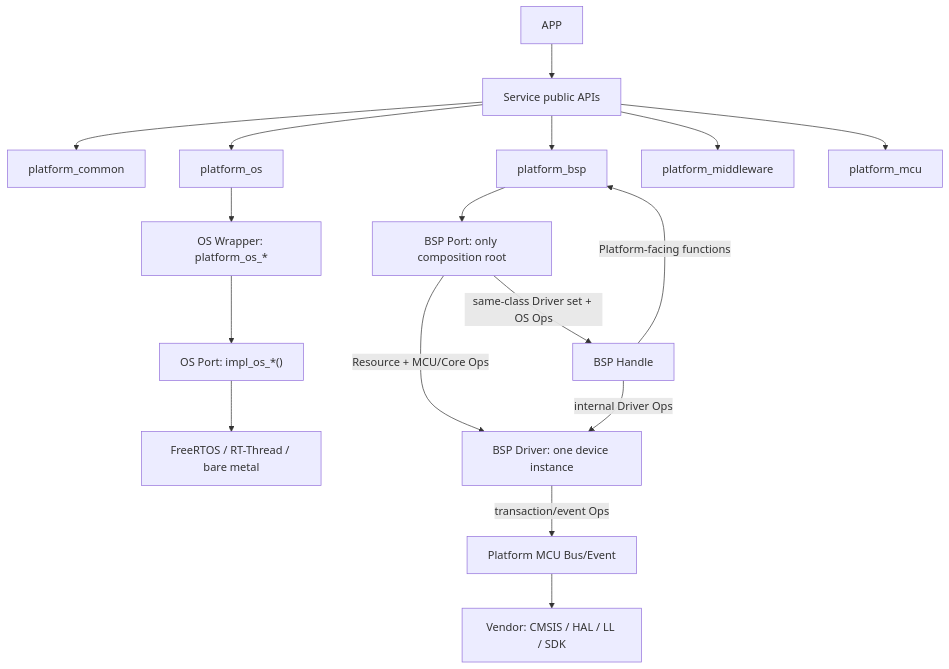
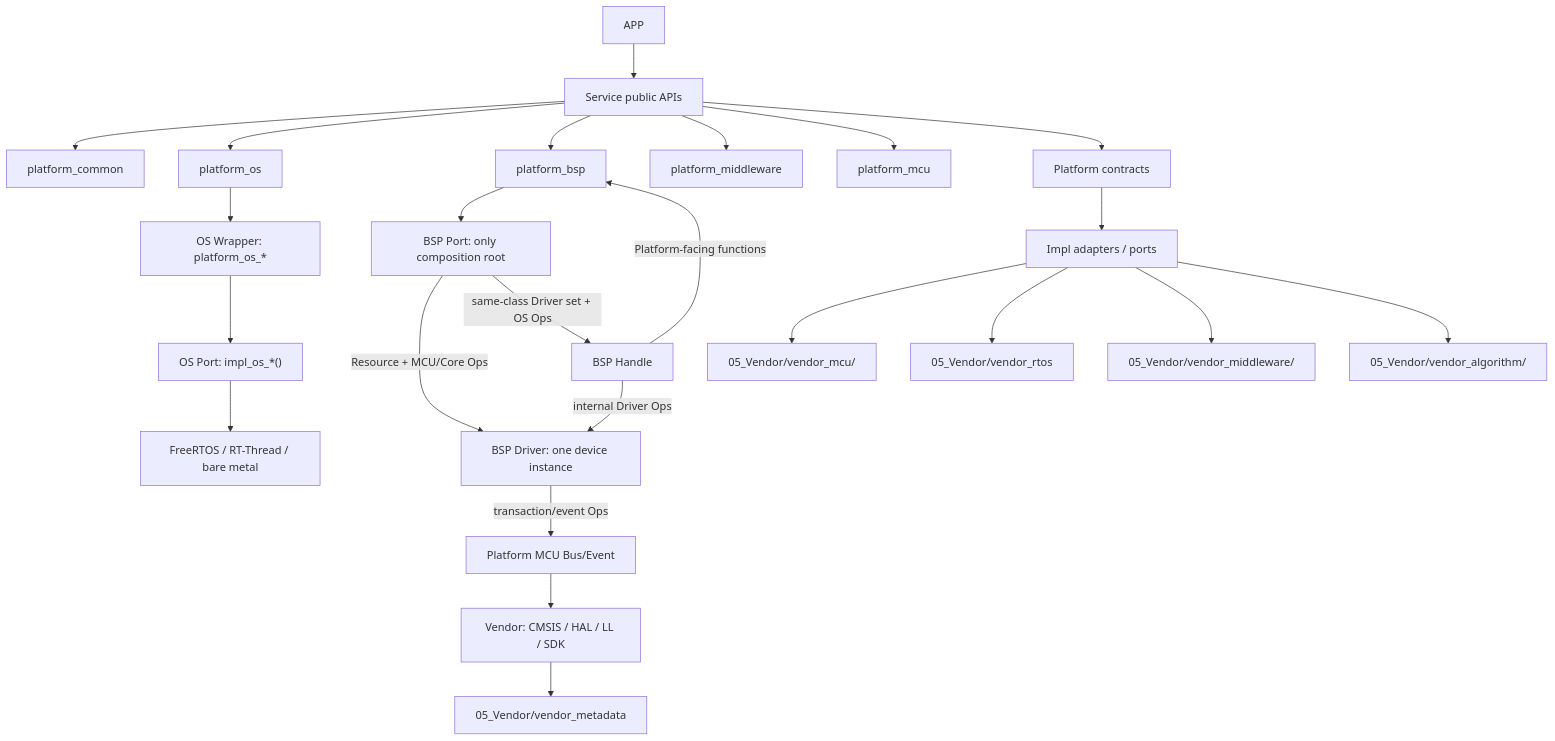
Before and after one commit to shuai-yemao/mcu-workbench: the diagram in skills/workflow/workflow-review-gate/references/software-architecture-knowledge-graph.md, drawn with Mermaid. The commit also changed other lines of this file and 36 other files, not shown here.

Commit message:
refactor(vendor): align vendor base layer contracts

````diff
--- a/skills/workflow/workflow-review-gate/references/software-architecture-knowledge-graph.md
+++ b/skills/workflow/workflow-review-gate/references/software-architecture-knowledge-graph.md
@@ -7,19 +7,26 @@
 ```mermaid
 flowchart TD
     APP["APP"] --> SERVICE["Service public APIs"]
     SERVICE --> PC["platform_common"]
     SERVICE --> PO["platform_os"]
     SERVICE --> PB["platform_bsp"]
     SERVICE --> PM["platform_middleware"]
     SERVICE --> MCU["platform_mcu"]
+    SERVICE --> PLAT["Platform contracts"]
+    PLAT --> IMPL["Impl adapters / ports"]
     PO --> OW["OS Wrapper: platform_os_*"]
     PB --> BP["BSP Port: only composition root"]
     OW --> OP["OS Port: impl_os_*()"]
     OP --> RT["FreeRTOS / RT-Thread / bare metal"]
     BP -->|"Resource + MCU/Core Ops"| BD["BSP Driver: one device instance"]
     BP -->|"same-class Driver set + OS Ops"| BH["BSP Handle"]
     BH -->|"internal Driver Ops"| BD
     BH -->|"Platform-facing functions"| PB
     BD -->|"transaction/event Ops"| CORE["Platform MCU Bus/Event"]
     CORE --> VENDOR["Vendor: CMSIS / HAL / LL / SDK"]
+    IMPL --> VM["05_Vendor/vendor_mcu/<family>"]
+    IMPL --> VR["05_Vendor/vendor_rtos"]
+    IMPL --> VMM["05_Vendor/vendor_middleware/<selected-library>"]
+    IMPL --> VA["05_Vendor/vendor_algorithm/<selected-library>"]
+    VENDOR --> META["05_Vendor/vendor_metadata"]
 ```
````
